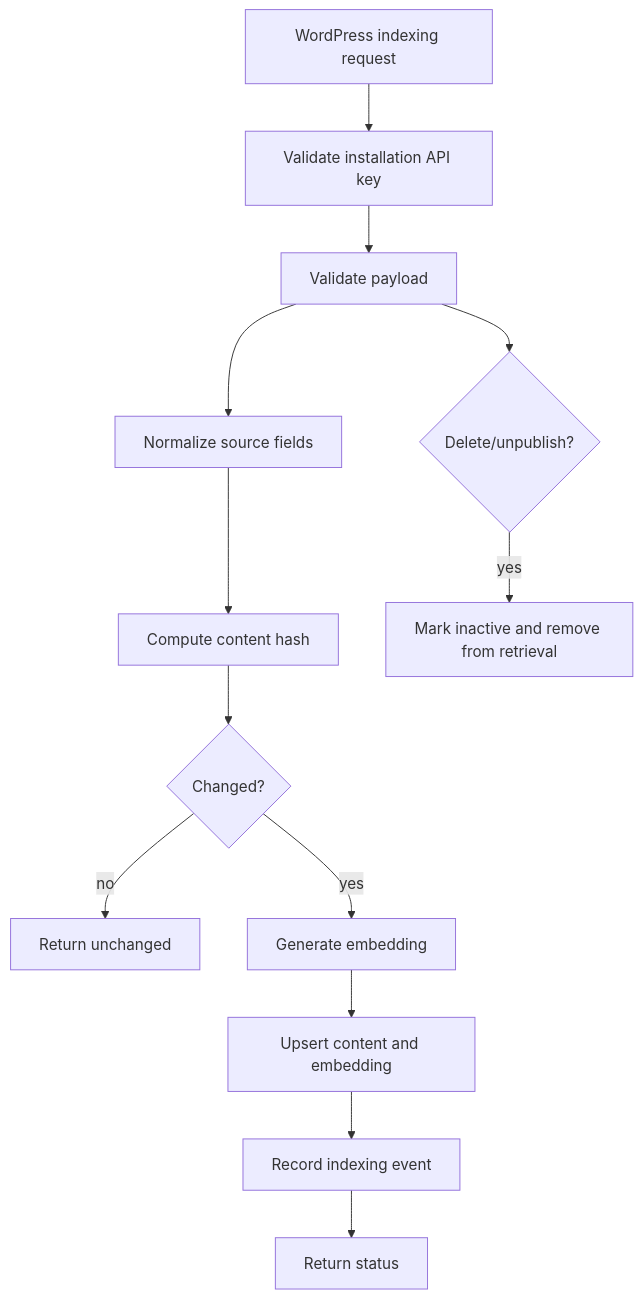
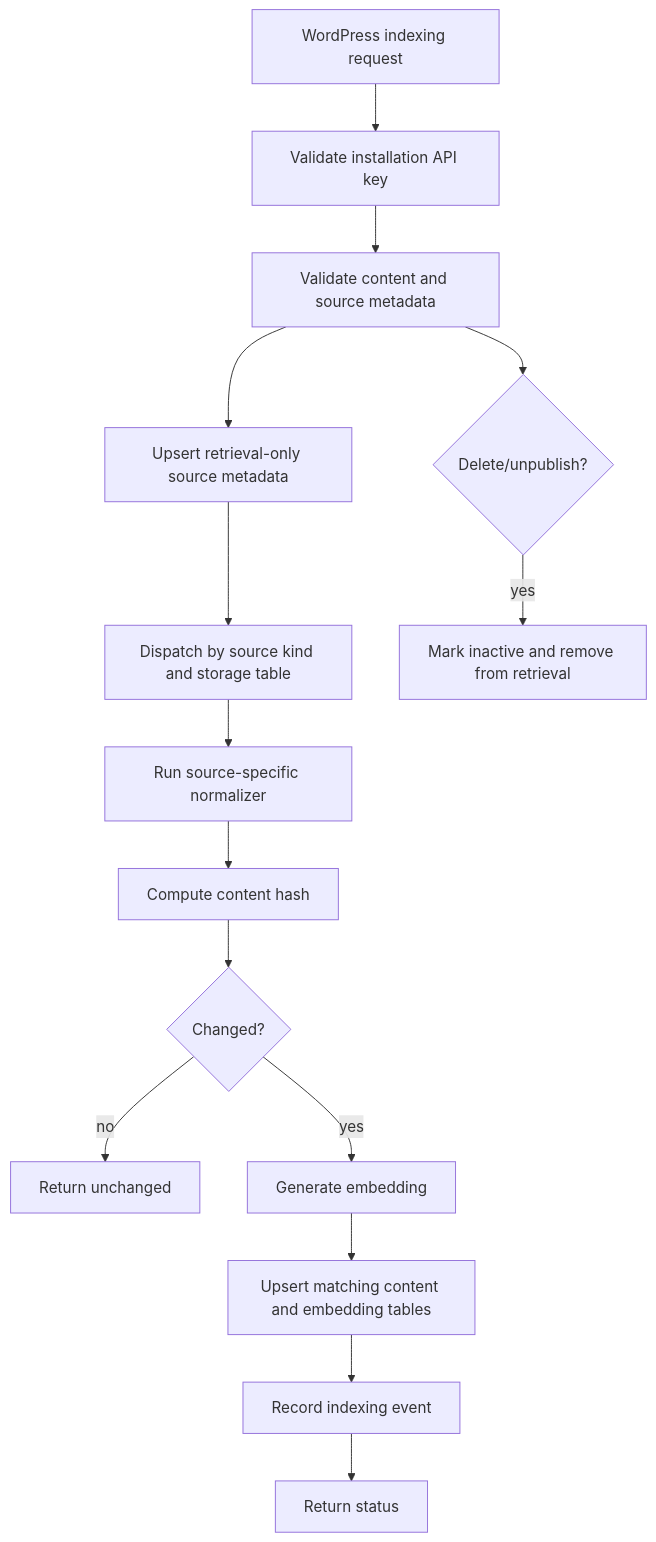
One commit to sovware/ask-sunny-docs changed the third of 5 diagrams in server/SERVER_APP_ARCHITECTURE.md. Above: the diagram before and after it, drawn with Mermaid. The commit also changed other lines of this file and 9 other files, not shown here.

````diff
--- a/server/SERVER_APP_ARCHITECTURE.md
+++ b/server/SERVER_APP_ARCHITECTURE.md
@@ -154,15 +154,17 @@
 ```mermaid
 flowchart TD
   WP[WordPress indexing request] --> Auth[Validate installation API key]
-  Auth --> Validate[Validate payload]
-  Validate --> Normalize[Normalize source fields]
+  Auth --> Validate[Validate content and source metadata]
+  Validate --> Registry[Upsert retrieval-only source metadata]
+  Registry --> Dispatch[Dispatch by source kind and storage table]
+  Dispatch --> Normalize[Run source-specific normalizer]
   Normalize --> Hash[Compute content hash]
   Hash --> Changed{Changed?}
   Changed -- no --> Skip[Return unchanged]
   Changed -- yes --> Embed[Generate embedding]
-  Embed --> Upsert[Upsert content and embedding]
+  Embed --> Upsert[Upsert matching content and embedding tables]
   Upsert --> Analyze[Record indexing event]
   Analyze --> Done[Return status]
   Validate --> Delete{Delete/unpublish?}
   Delete -- yes --> Tombstone[Mark inactive and remove from retrieval]
 ```
````
